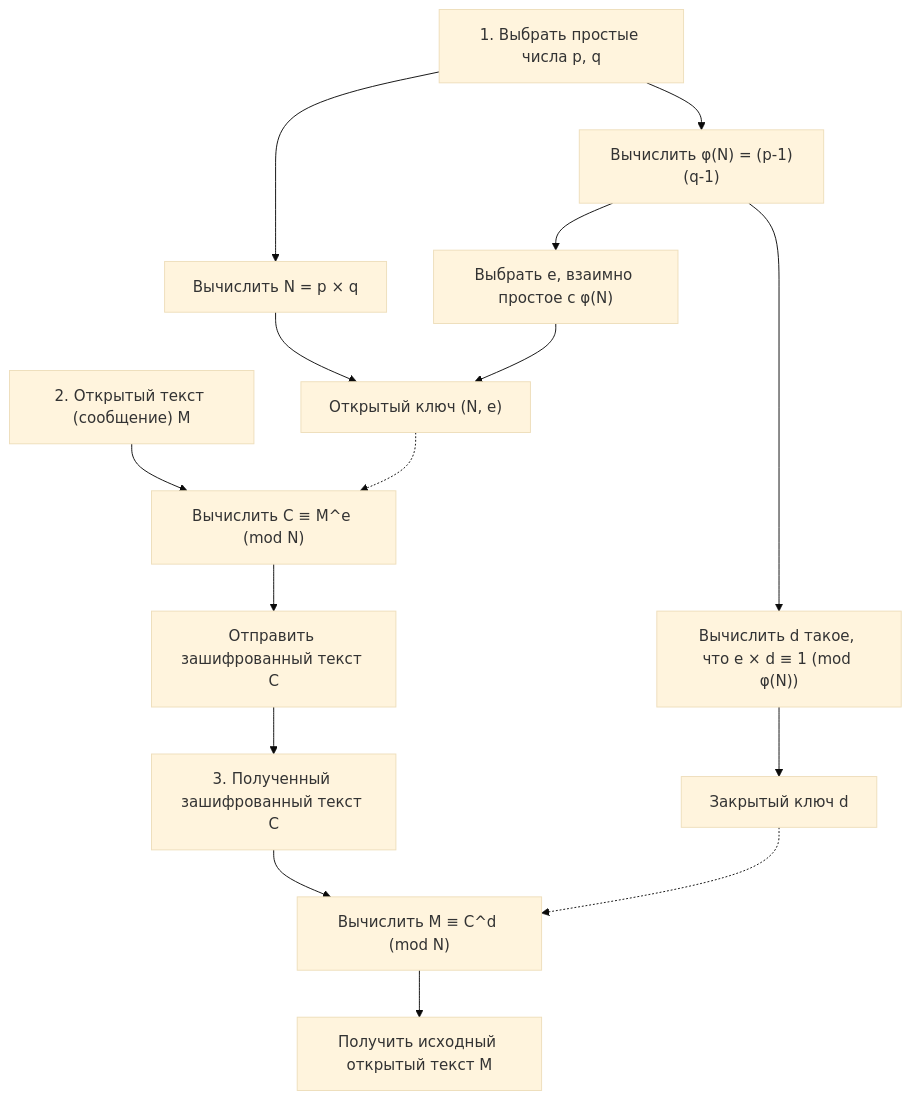
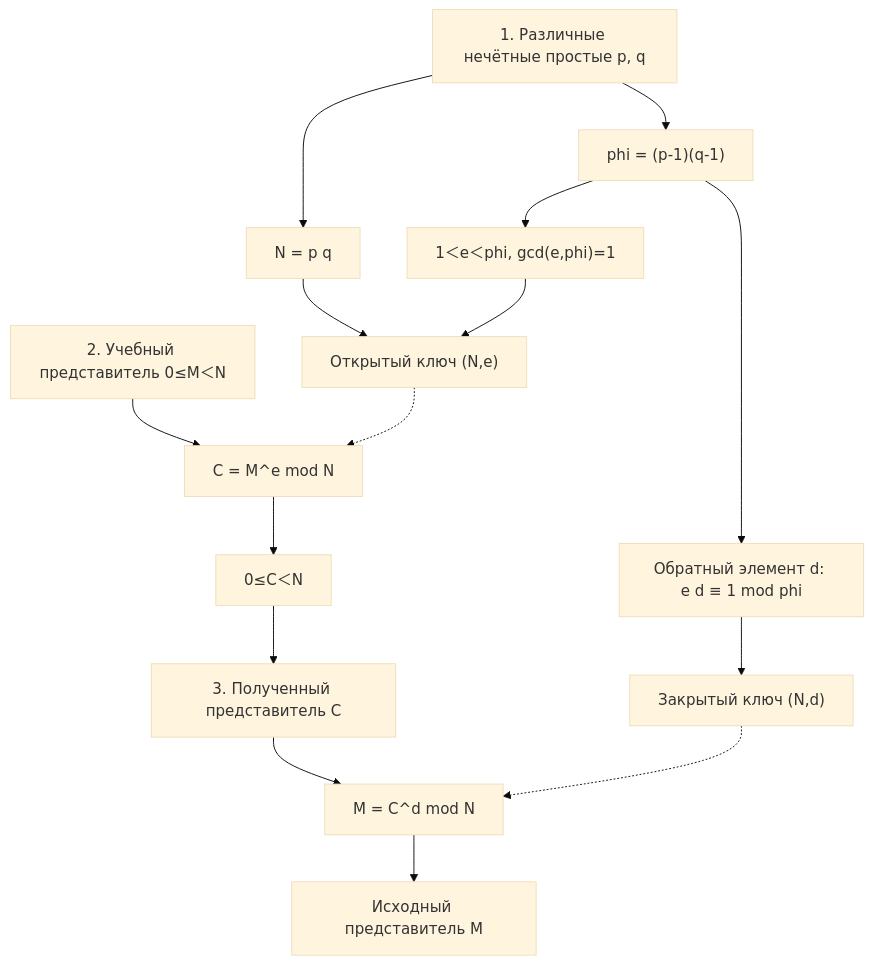
Before and after one commit to kenjinote/blog: the second of 3 diagrams in content/post/rsa暗号の仕組みを高校生でもわかるように説明する/index.ru.md, drawn with Mermaid (base theme). The commit also changed other lines of this file and 5 other files, not shown here.

````diff
--- a/content/post/rsa暗号の仕組みを高校生でもわかるように説明する/index.ru.md
+++ b/content/post/rsa暗号の仕組みを高校生でもわかるように説明する/index.ru.md
@@ -164,19 +103,17 @@
 ```mermaid
 flowchart TD
-    A1["1. Выбрать простые числа p, q"] --> A2["Вычислить N = p × q"]
-    A1 --> A3["Вычислить φ(N) = (p-1)(q-1)"]
-    A3 --> A4["Выбрать e, взаимно простое с φ(N)"]
-    A3 --> A5["Вычислить d такое, что e × d ≡ 1 (mod φ(N))"]
-    A2 --> A6["Открытый ключ (N, e)"]
+    A1["1. Различные нечётные простые p, q"] --> A2["N = p q"]
+    A1 --> A3["phi = (p-1)(q-1)"]
+    A3 --> A4["1＜e＜phi, gcd(e,phi)=1"]
+    A3 --> A5["Обратный элемент d: e d ≡ 1 mod phi"]
+    A2 --> A6["Открытый ключ (N,e)"]
     A4 --> A6
-    A5 --> A7["Закрытый ключ d"]
-    
-    B1["2. Открытый текст (сообщение) M"] --> B2["Вычислить C ≡ M^e (mod N)"]
+    A5 --> A7["Закрытый ключ (N,d)"]
+    B1["2. Учебный представитель 0≤M＜N"] --> B2["C = M^e mod N"]
     A6 -.-> B2
-    B2 --> B3["Отправить зашифрованный текст C"]
-    
-    B3 --> C1["3. Полученный зашифрованный текст C"]
-    C1 --> C2["Вычислить M ≡ C^d (mod N)"]
+    B2 --> B3["0≤C＜N"]
+    B3 --> C1["3. Полученный представитель C"]
+    C1 --> C2["M = C^d mod N"]
     A7 -.-> C2
-    C2 --> C3["Получить исходный открытый текст M"]
+    C2 --> C3["Исходный представитель M"]
 ```
````
